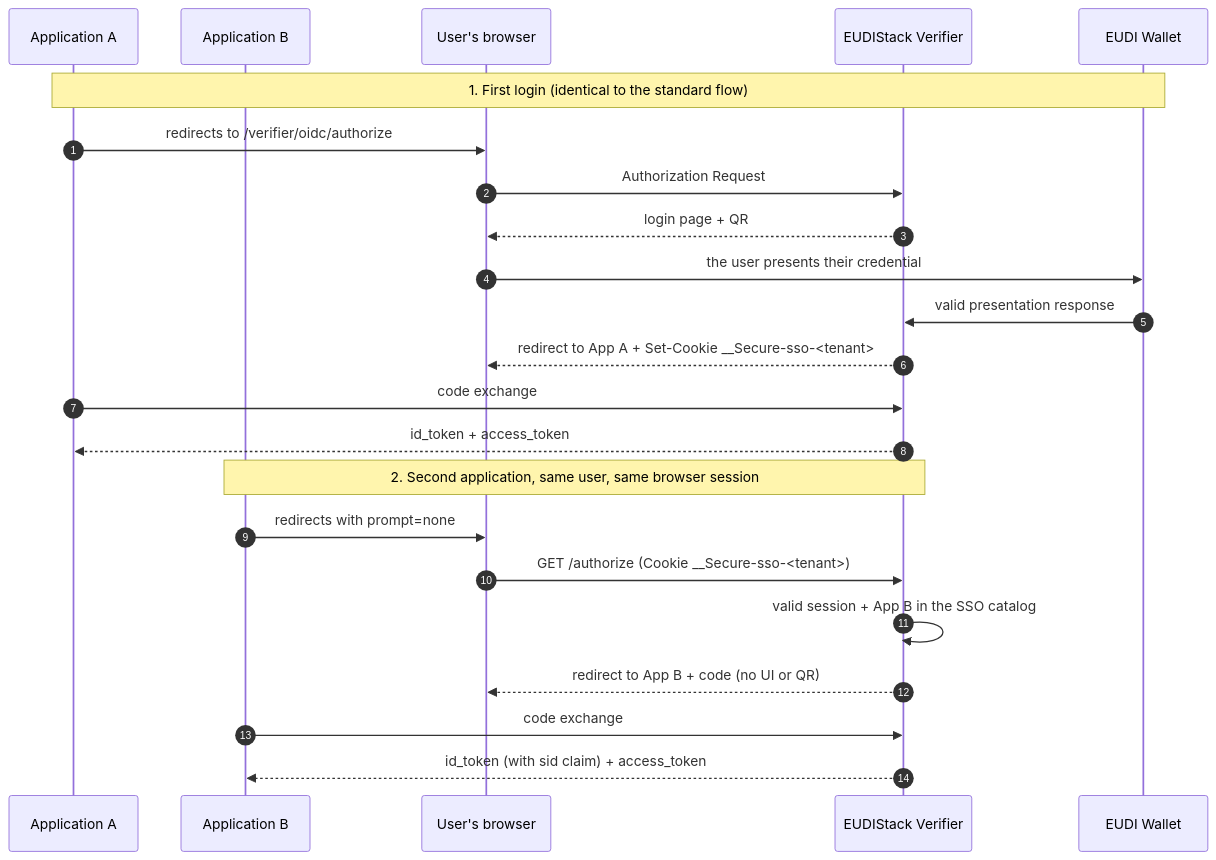
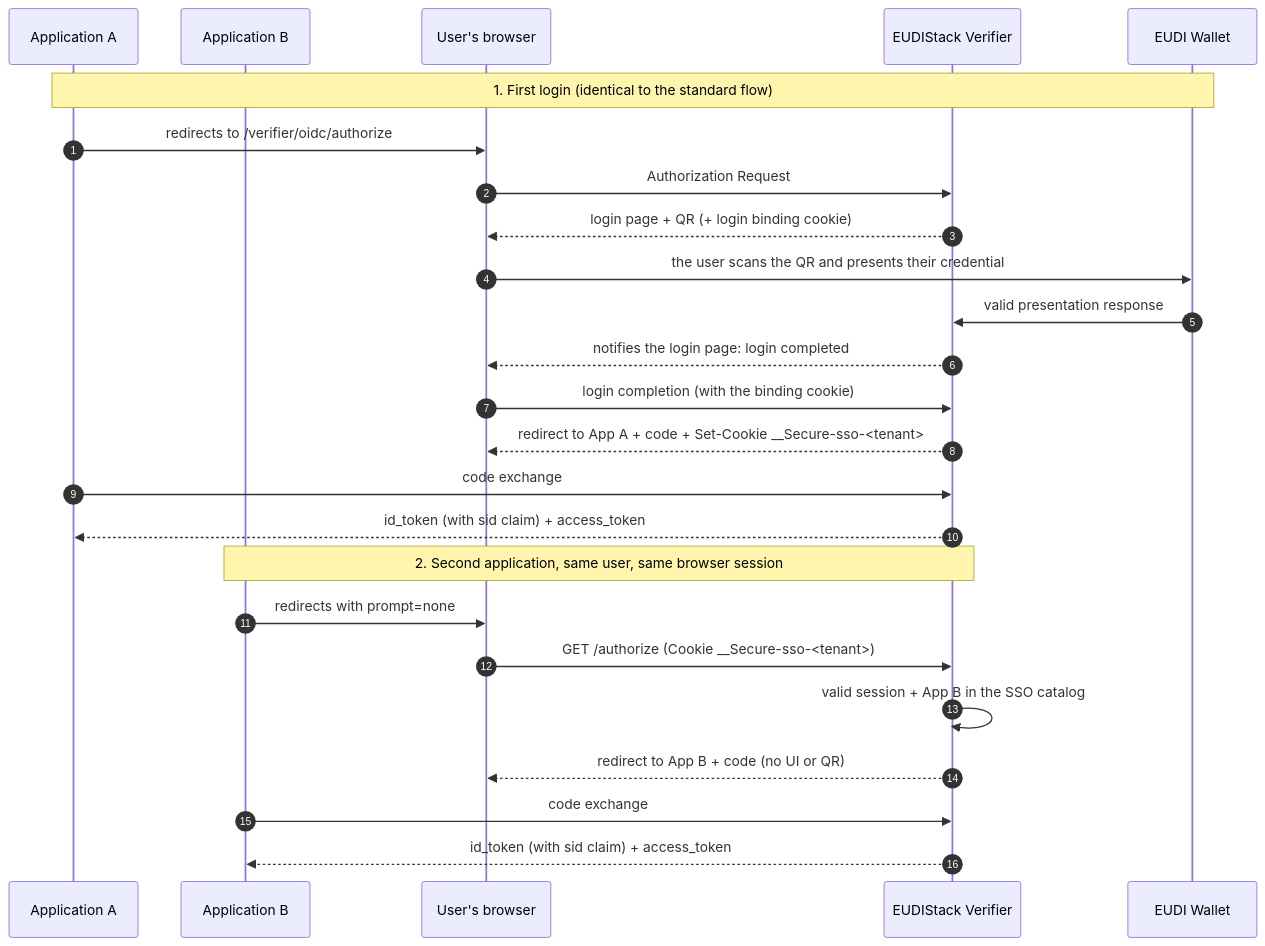
The first of 3 diagrams in docs/developers/guides/sso-multi-app.en.md (in2workspace/eudistack-platform-docs), drawn with Mermaid before and after one commit. The commit also changed other lines of this file and 1 other file, not shown here.

First line of the commit message:
docs(sso): align the multi-app SSO guide with the Verifier code

````diff
--- a/docs/developers/guides/sso-multi-app.en.md
+++ b/docs/developers/guides/sso-multi-app.en.md
@@ -33,27 +33,29 @@
 ```mermaid
 sequenceDiagram
     autonumber
     participant App1 as Application A
     participant App2 as Application B
     participant Browser as User's browser
     participant Verifier as EUDIStack Verifier
     participant Wallet as EUDI Wallet
 
     Note over App1,Wallet: 1. First login (identical to the standard flow)
     App1->>Browser: redirects to /verifier/oidc/authorize
     Browser->>Verifier: Authorization Request
-    Verifier-->>Browser: login page + QR
-    Browser->>Wallet: the user presents their credential
+    Verifier-->>Browser: login page + QR (+ login binding cookie)
+    Browser->>Wallet: the user scans the QR and presents their credential
     Wallet->>Verifier: valid presentation response
-    Verifier-->>Browser: redirect to App A + Set-Cookie __Secure-sso-<tenant>
+    Verifier-->>Browser: notifies the login page: login completed
+    Browser->>Verifier: login completion (with the binding cookie)
+    Verifier-->>Browser: redirect to App A + code + Set-Cookie __Secure-sso-<tenant>
     App1->>Verifier: code exchange
-    Verifier-->>App1: id_token + access_token
+    Verifier-->>App1: id_token (with sid claim) + access_token
 
     Note over App2,Verifier: 2. Second application, same user, same browser session
     App2->>Browser: redirects with prompt=none
     Browser->>Verifier: GET /authorize (Cookie __Secure-sso-<tenant>)
     Verifier->>Verifier: valid session + App B in the SSO catalog
     Verifier-->>Browser: redirect to App B + code (no UI or QR)
     App2->>Verifier: code exchange
     Verifier-->>App2: id_token (with sid claim) + access_token
 ```
````
